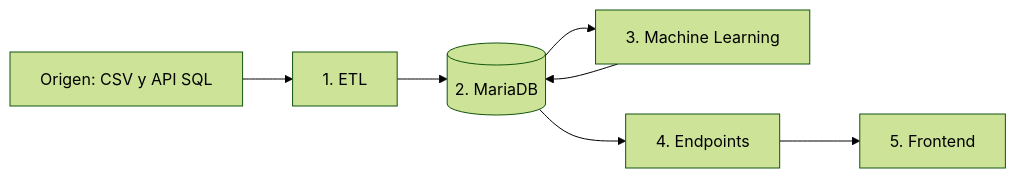
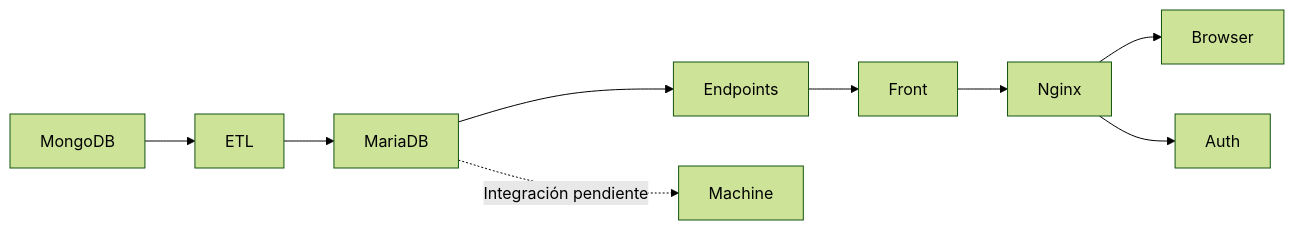
The diagram in Capstone Artisa/README.md (VicenteParada/ArtisaMachine2), drawn with Mermaid (forest theme) before and after one commit. The commit also changed other lines of this file and 18 other files, not shown here.

````diff
--- a/Capstone Artisa/README.md
+++ b/Capstone Artisa/README.md
@@ -6,9 +6,6 @@
 ```mermaid
 flowchart LR
-    O[Origen: CSV y API SQL] --> E[1. ETL]
-    E --> D[(2. MariaDB)]
-    D --> M[3. Machine Learning]
-    M --> D
-    D --> A[4. Endpoints]
-    A --> F[5. Frontend]
+    MongoDB --> ETL --> MariaDB --> Endpoints --> Front --> Nginx --> Browser
+    Nginx --> Auth
+    MariaDB -. Integración pendiente .-> Machine
 ```
````
